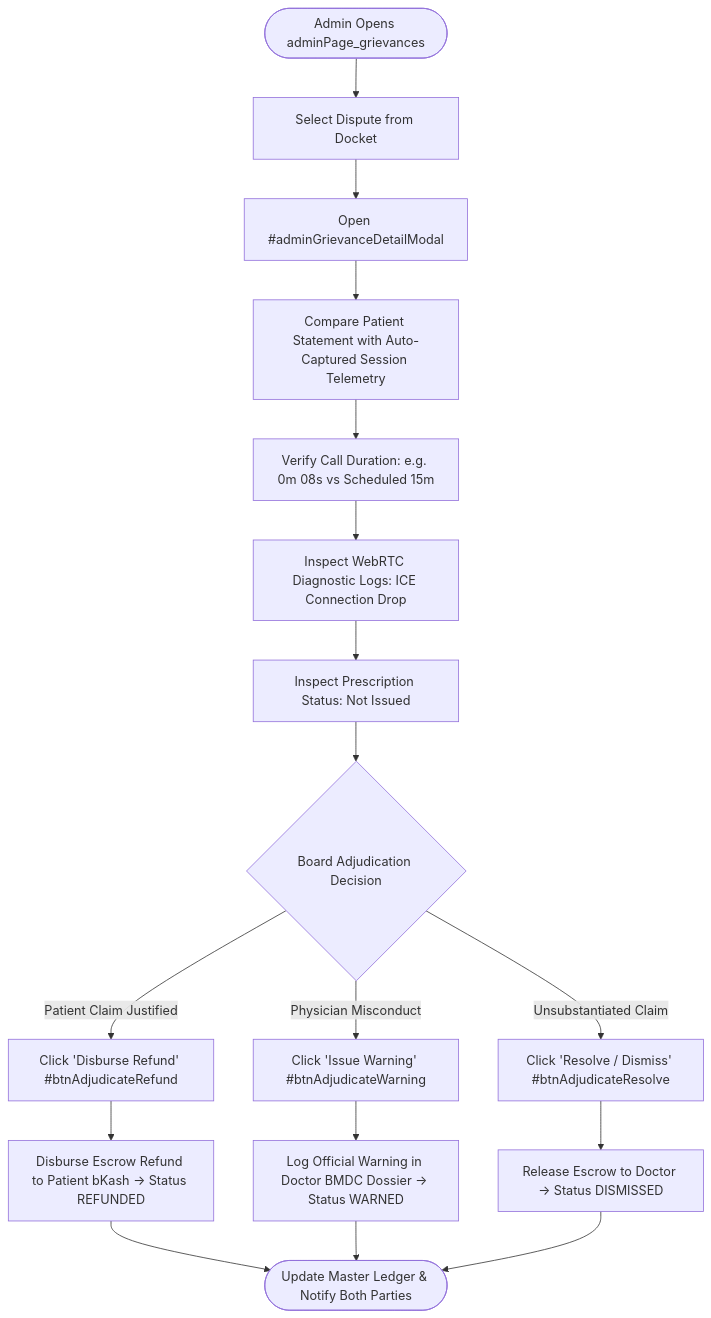
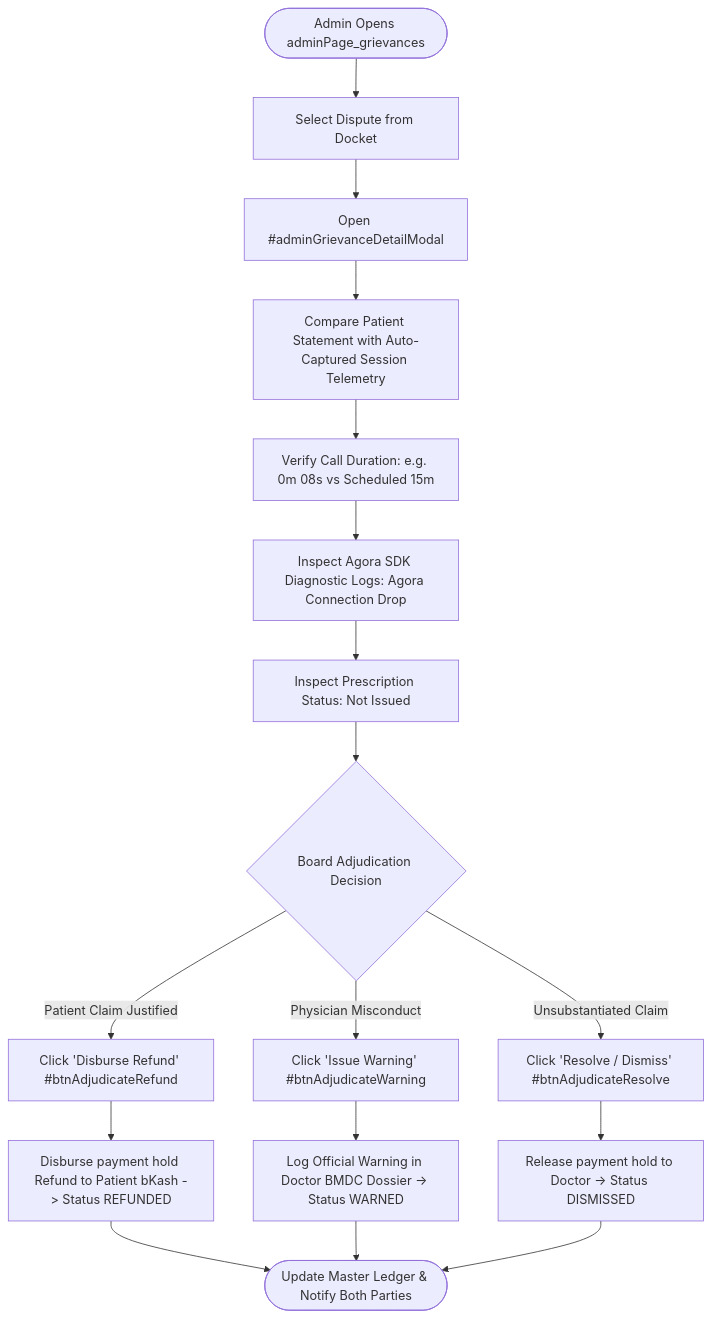
One commit to MeherabHS/hellodoctor changed the ninth of 9 diagrams in docs/USER_FLOWS.md. Above: the diagram before and after it, drawn with Mermaid. The commit also changed other lines of this file and 42 other files, not shown here.

````diff
--- a/docs/USER_FLOWS.md
+++ b/docs/USER_FLOWS.md
@@ -224,17 +224,17 @@
 ```mermaid
 flowchart TD
     START([Admin Opens adminPage_grievances]) --> A[Select Dispute from Docket]
     A --> B[Open #adminGrievanceDetailModal]
     B --> C[Compare Patient Statement with Auto-Captured Session Telemetry]
     C --> D[Verify Call Duration: e.g. 0m 08s vs Scheduled 15m]
-    D --> E[Inspect WebRTC Diagnostic Logs: ICE Connection Drop]
+    D --> E[Inspect Agora SDK Diagnostic Logs: Agora Connection Drop]
     E --> F[Inspect Prescription Status: Not Issued]
     F --> G{Board Adjudication Decision}
     G -- Patient Claim Justified --> H[Click 'Disburse Refund' #btnAdjudicateRefund]
     G -- Physician Misconduct --> I[Click 'Issue Warning' #btnAdjudicateWarning]
     G -- Unsubstantiated Claim --> J[Click 'Resolve / Dismiss' #btnAdjudicateResolve]
-    H --> K[Disburse Escrow Refund to Patient bKash -> Status REFUNDED]
+    H --> K[Disburse payment hold Refund to Patient bKash -> Status REFUNDED]
     I --> L[Log Official Warning in Doctor BMDC Dossier -> Status WARNED]
-    J --> M[Release Escrow to Doctor -> Status DISMISSED]
+    J --> M[Release payment hold to Doctor -> Status DISMISSED]
     K & L & M --> RESULT([Update Master Ledger & Notify Both Parties])
 ```
````
